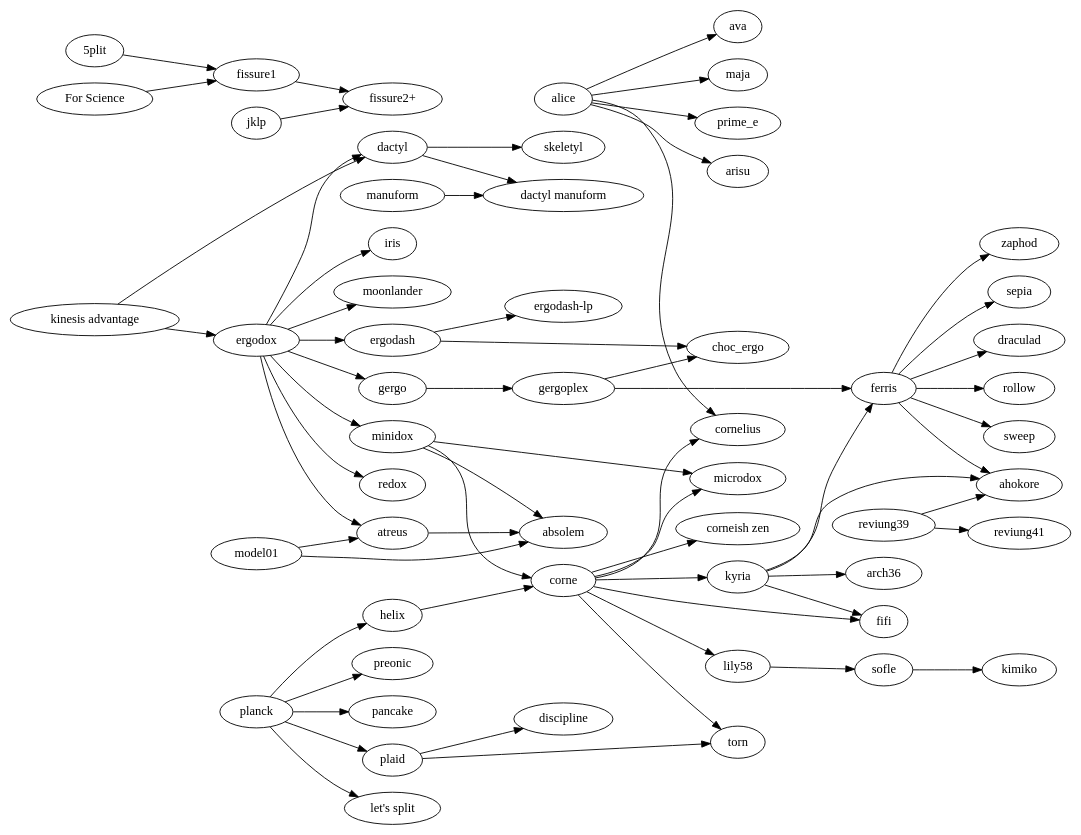
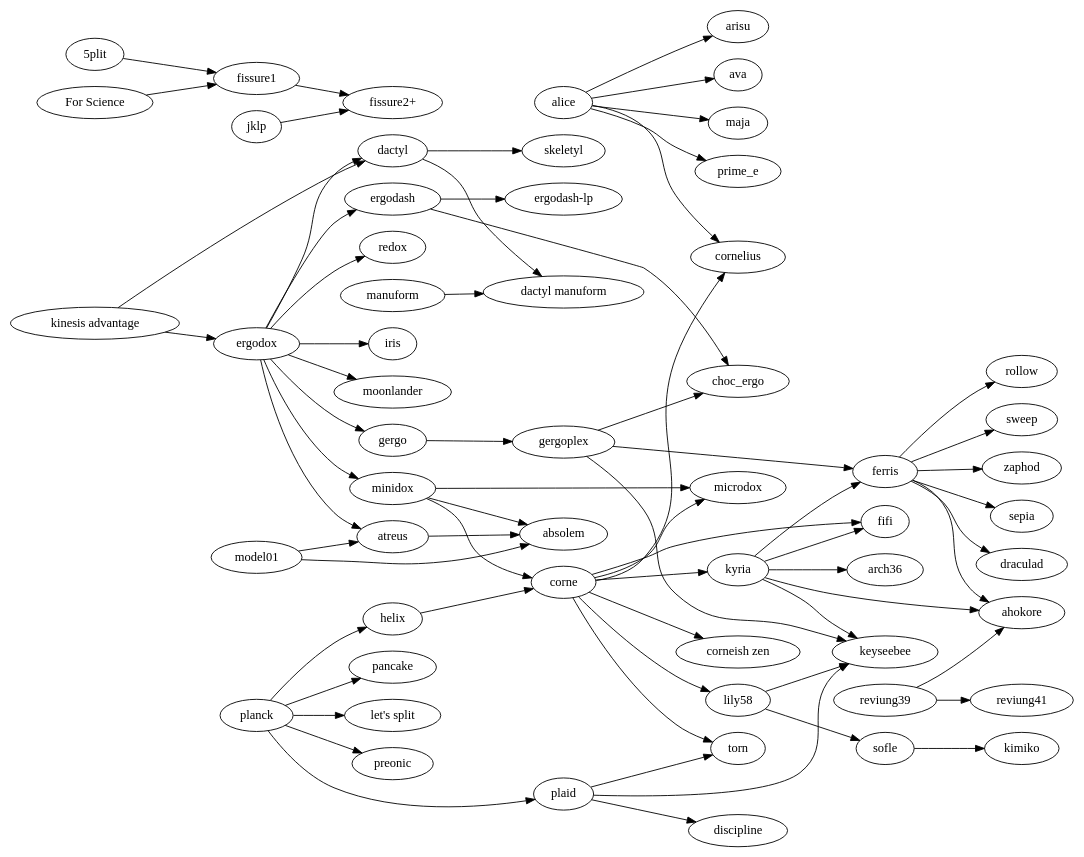
Before and after one commit to petejohanson/mk-family-tree: the diagram in tree.gv, drawn with Graphviz.

Commit message:
Add the keyseebee.

```diff
--- a/tree.gv
+++ b/tree.gv
@@ -1,123 +1,129 @@
 digraph {
   rankdir=LR;
 
   subgraph splits {
     helix -> corne;
 
     corne -> {
       "corneish zen";
       cornelius;
       fifi;
       kyria;
       lily58;
       microdox;
       torn;
     };
 
-    lily58 -> sofle;
+    lily58 -> {
+      keyseebee;
+      sofle;
+    };
 
     kyria -> {
         ahokore;
         arch36;
         ferris;
         fifi;
+        keyseebee;
     };
 
     "kinesis advantage" -> {
       ergodox;
       dactyl;
     };
 
     ergodox -> {
       atreus;
       dactyl;
       ergodash;
       gergo;
       iris;
       minidox;
       moonlander;
       redox;
     };
 
     ergodash -> {
       "ergodash-lp";
       choc_ergo;
     };
 
     gergo -> gergoplex;
     gergoplex -> {
+      choc_ergo;
       ferris;
-      choc_ergo;
+      keyseebee;
     };
 
     ferris -> {
       ahokore;
       sepia;
       draculad;
       rollow;
       sweep;
       zaphod;
     };
 
     manuform -> "dactyl manuform";
 
     minidox -> {
       absolem;
       corne;
       microdox;
     };
 
     model01 -> {
       absolem;
       atreus;
     };
 
     sofle -> kimiko;
 
     "5plit" -> "fissure1";
     "For Science" -> "fissure1";
     fissure1 -> "fissure2+";
     jklp -> "fissure2+";
   }
 
   subgraph unibody {
     atreus -> {
       absolem;
     };
     reviung39 -> {
       ahokore;
       reviung41;
     };
   };
 
   subgraph ortholinear {
     plaid -> {
       discipline;
+      keyseebee;
       torn;
     };
     planck -> {
       helix;
       "let's split";
       plaid;
       preonic;
       pancake;
     };
   }
 
   subgraph {
     dactyl -> {
       "dactyl manuform";
       skeletyl;
     }
   }
 
   subgraph alicefamily {
     alice -> {
       arisu;
       ava;
       cornelius;
       maja;
       prime_e;
     }
   }
 }
```
